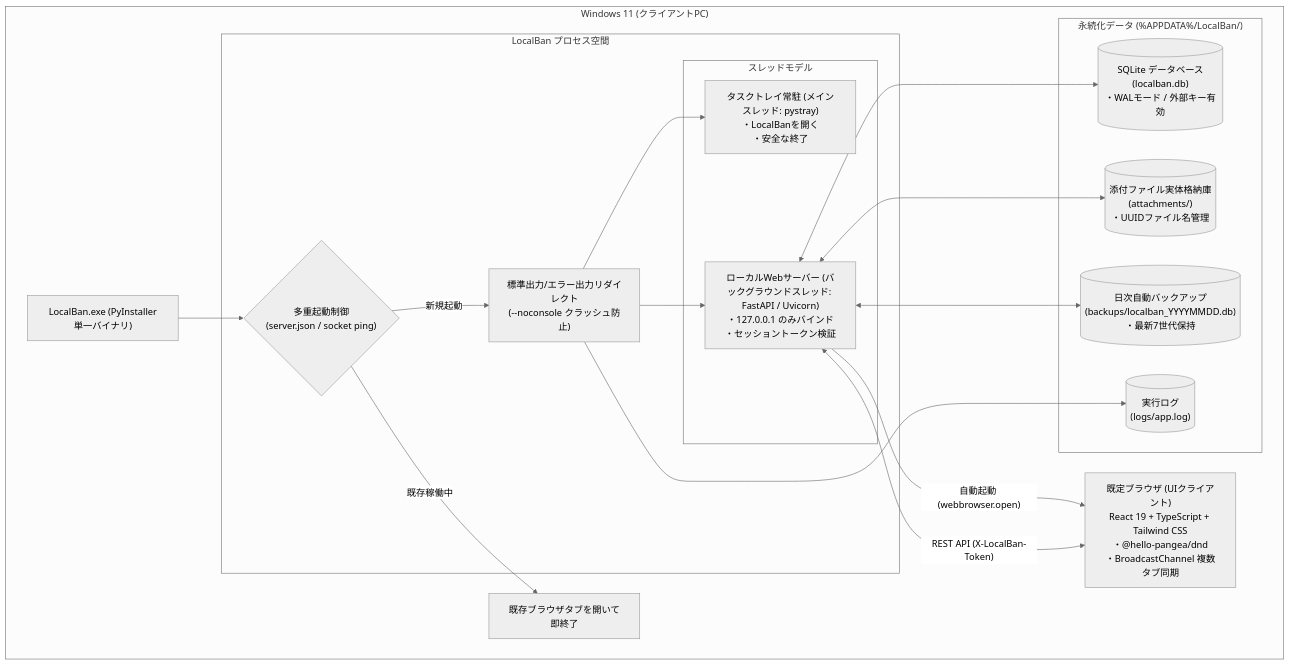
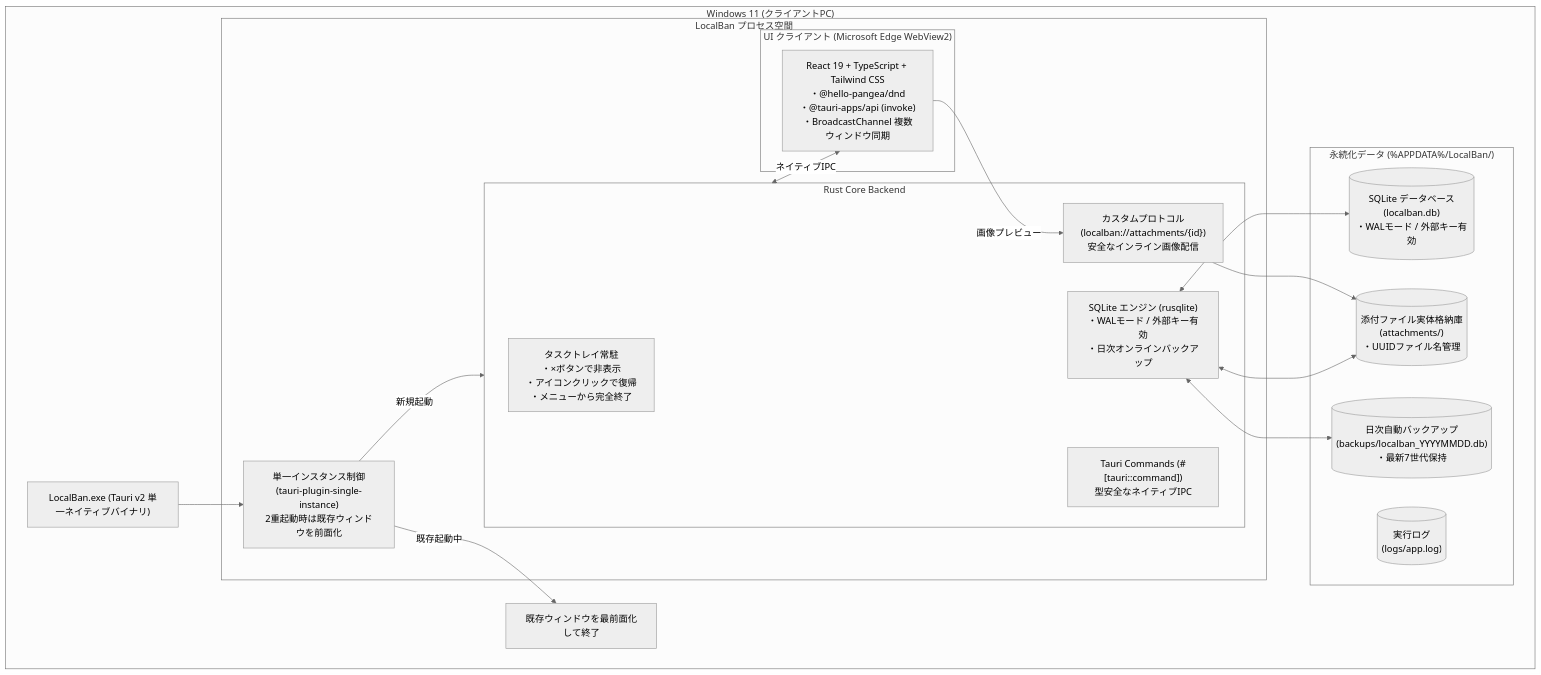
The diagram in docs/architecture/system_overview.md (zyanpoyo/LocalBan), drawn with Mermaid (neutral theme) before and after one commit. The commit also changed other lines of this file and 52 other files, not shown here.

````diff
--- a/docs/architecture/system_overview.md
+++ b/docs/architecture/system_overview.md
@@ -10,37 +10,38 @@
 ```mermaid
 flowchart TD
     subgraph Host ["Windows 11 (クライアントPC)"]
-        EXE["LocalBan.exe (PyInstaller単一バイナリ)"]
+        EXE["LocalBan.exe (Tauri v2 単一ネイティブバイナリ)"]
 
         subgraph Process ["LocalBan プロセス空間"]
-            Lock{"多重起動制御\n(server.json / socket ping)"}
-            InitStd["標準出力/エラー出力リダイレクト\n(--noconsole クラッシュ防止)"]
-            
-            subgraph Threads ["スレッドモデル"]
-                Tray["タスクトレイ常駐 (メインスレッド: pystray)\n・LocalBanを開く\n・安全な終了"]
-                Server["ローカルWebサーバー (バックグラウンドスレッド: FastAPI / Uvicorn)\n・127.0.0.1 のみバインド\n・セッショントークン検証"]
+            Single["単一インスタンス制御\n(tauri-plugin-single-instance)\n2重起動時は既存ウィンドウを前面化"]
+
+            subgraph RustCore ["Rust Core Backend"]
+                Tray["タスクトレイ常駐\n・×ボタンで非表示\n・アイコンクリックで復帰\n・メニューから完全終了"]
+                IPC["Tauri Commands (#[tauri::command])\n型安全なネイティブIPC"]
+                Proto["カスタムプロトコル\n(localban://attachments/{id})\n安全なインライン画像配信"]
+                DBEngine["SQLite エンジン (rusqlite)\n・WALモード / 外部キー有効\n・日次オンラインバックアップ"]
+            end
+
+            subgraph WebViewClient ["UI クライアント (Microsoft Edge WebView2)"]
+                UI["React 19 + TypeScript + Tailwind CSS\n・@hello-pangea/dnd\n・@tauri-apps/api (invoke)\n・BroadcastChannel 複数ウィンドウ同期"]
             end
         end
-
-        Browser["既定ブラウザ (UIクライアント)\nReact 19 + TypeScript + Tailwind CSS\n・@hello-pangea/dnd\n・BroadcastChannel 複数タブ同期"]
 
         subgraph LocalStorage ["永続化データ (%APPDATA%/LocalBan/)"]
             DB[("SQLite データベース\n(localban.db)\n・WALモード / 外部キー有効")]
             Files[("添付ファイル実体格納庫\n(attachments/)\n・UUIDファイル名管理")]
             Backups[("日次自動バックアップ\n(backups/localban_YYYYMMDD.db)\n・最新7世代保持")]
             Logs[("実行ログ\n(logs/app.log)")]
         end
 
-        EXE --> Lock
-        Lock -->|"既存稼働中"| OpenExisting["既存ブラウザタブを開いて即終了"]
-        Lock -->|"新規起動"| InitStd
-        InitStd --> Tray
-        InitStd --> Server
-        Server -->|"自動起動 (webbrowser.open)"| Browser
-        Browser <-->|"REST API (X-LocalBan-Token)"| Server
-        Server <--> DB
-        Server <--> Files
-        Server <--> Backups
-        InitStd --> Logs
+        EXE --> Single
+        Single -->|"既存起動中"| FocusExisting["既存ウィンドウを最前面化して終了"]
+        Single -->|"新規起動"| RustCore
+        RustCore <-->|"ネイティブIPC"| UI
+        UI -->|"画像プレビュー"| Proto
+        Proto --> Files
+        DBEngine <--> DB
+        DBEngine <--> Files
+        DBEngine <--> Backups
     end
 ```
````
